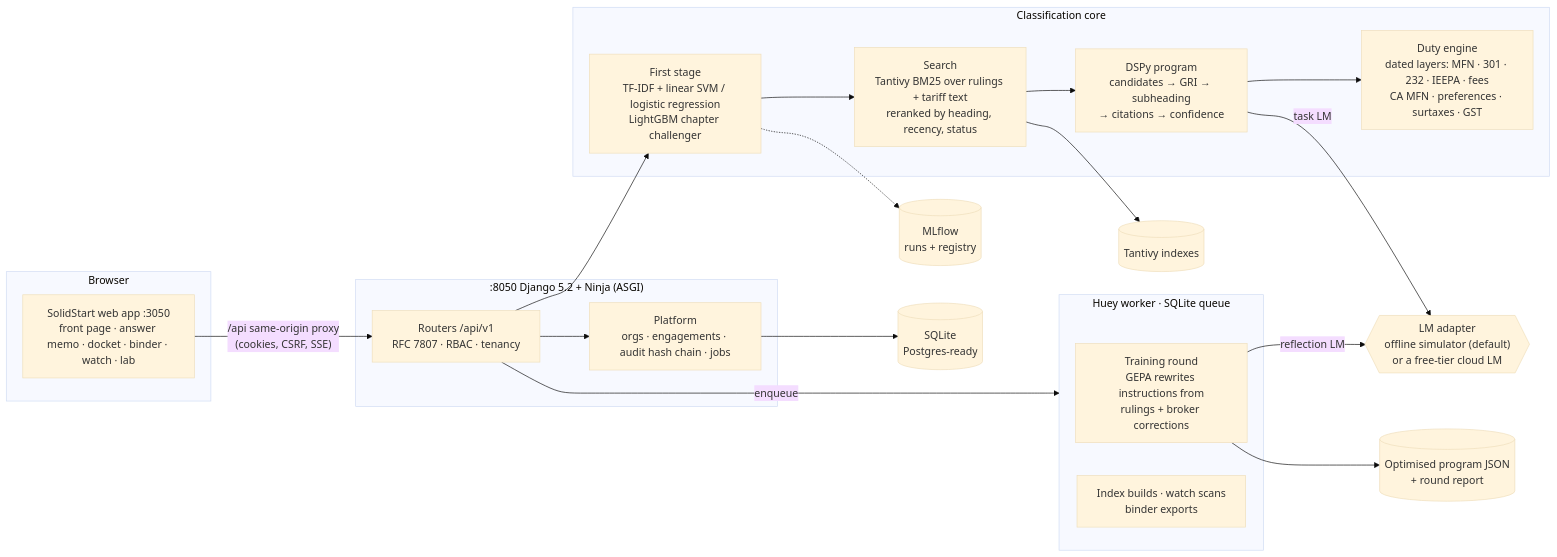
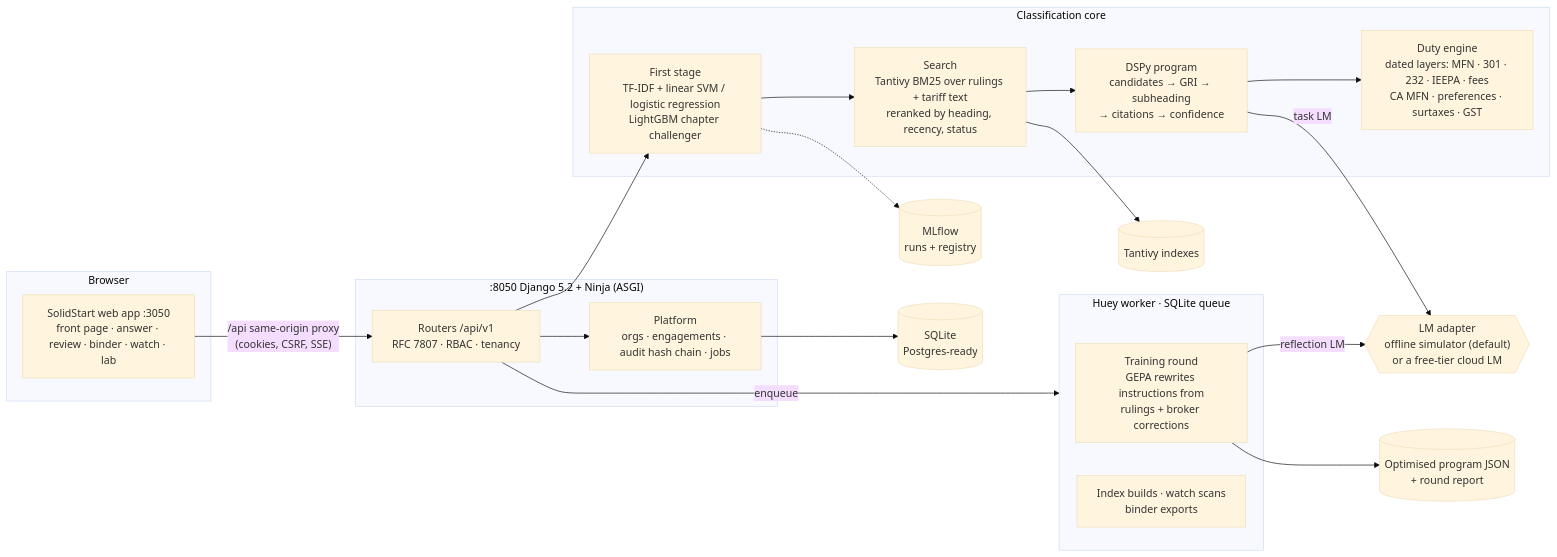
The diagram in README.md (moeiz16/Tariff-Compass), drawn with Mermaid (base theme) before and after one commit. The commit also changed other lines of this file and 10 other files, not shown here.

````diff
--- a/README.md
+++ b/README.md
@@ -139,34 +138,34 @@
 ```mermaid
 flowchart LR
   subgraph Browser
-    W["SolidStart web app :3050<br/>front page · answer memo · docket · binder · watch · lab"]
+    W["SolidStart web app :3050<br/>front page · answer · review · binder · watch · lab"]
   end
   W -- "/api same-origin proxy<br/>(cookies, CSRF, SSE)" --> R
 
   subgraph API[":8050 Django 5.2 + Ninja (ASGI)"]
     R["Routers /api/v1<br/>RFC 7807 · RBAC · tenancy"]
     P["Platform<br/>orgs · engagements · audit hash chain · jobs"]
     R --> P
   end
 
   subgraph Core[Classification core]
     FS["First stage<br/>TF-IDF + linear SVM / logistic regression<br/>LightGBM chapter challenger"]
     SE["Search<br/>Tantivy BM25 over rulings + tariff text<br/>reranked by heading, recency, status"]
     PG["DSPy program<br/>candidates → GRI → subheading<br/>→ citations → confidence"]
     DE["Duty engine<br/>dated layers: MFN · 301 · 232 · IEEPA · fees<br/>CA MFN · preferences · surtaxes · GST"]
   end
   R --> FS --> SE --> PG --> DE
   PG -- task LM --> LM{{"LM adapter<br/>offline simulator (default)<br/>or a free-tier cloud LM"}}
 
   subgraph Worker[Huey worker · SQLite queue]
     OPT["Training round<br/>GEPA rewrites instructions from<br/>rulings + broker corrections"]
     JOB["Index builds · watch scans<br/>binder exports"]
   end
   R -- enqueue --> Worker
   OPT -- reflection LM --> LM
   OPT --> ART[("Optimised program JSON<br/>+ round report")]
   FS -.-> ML[("MLflow<br/>runs + registry")]
 
   P --> DB[("SQLite<br/>Postgres-ready")]
   SE --> IX[("Tantivy indexes")]
 ```
````
